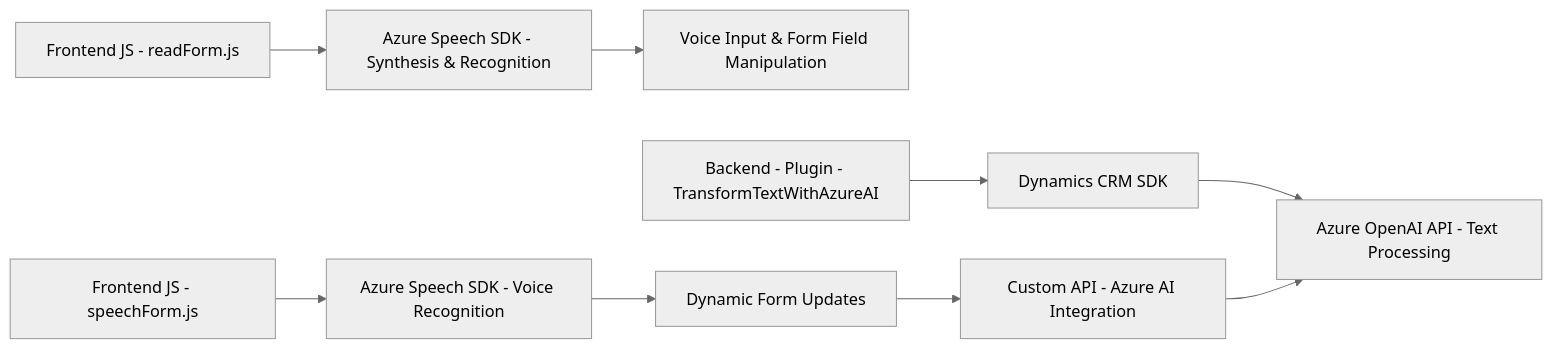
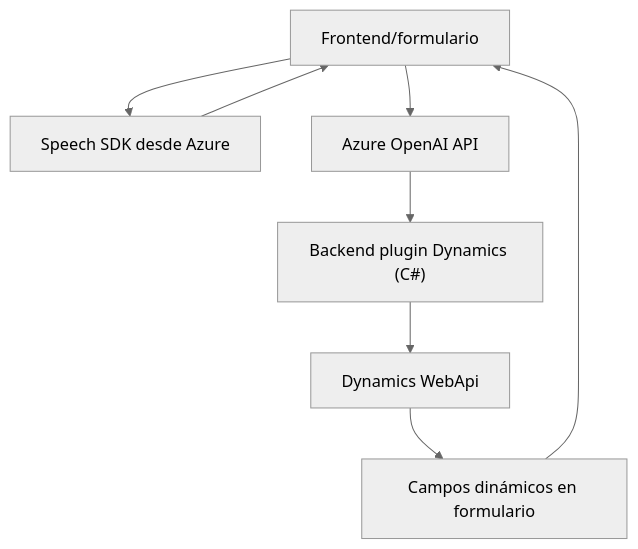
Before and after one commit to blopezdm/NETCORE_BILBAO2025: the diagram in README.md, drawn with Mermaid (neutral theme). The commit also changed other lines of this file, not shown here.

````diff
--- a/README.md
+++ b/README.md
@@ -39,14 +56,17 @@
 ```mermaid
-graph LR
-  A["Frontend JS - readForm.js"] --> B["Azure Speech SDK - Synthesis & Recognition"]
-  B --> C["Voice Input & Form Field Manipulation"]
-
-  D["Frontend JS - speechForm.js"] --> E["Azure Speech SDK - Voice Recognition"]
-  E --> F["Dynamic Form Updates"]
-  F --> G["Custom API - Azure AI Integration"]
-
-  H["Backend - Plugin - TransformTextWithAzureAI"] --> I["Dynamics CRM SDK"]
-  I --> J["Azure OpenAI API - Text Processing"]
-
-  G --> J
+graph TD
+  A["Frontend/formulario"]
+  B["Speech SDK desde Azure"]
+  C["Azure OpenAI API"]
+  D["Backend plugin Dynamics (C#)"]
+  E["Dynamics WebApi"]
+  F["Campos dinámicos en formulario"]
+  
+  A --> B
+  B --> A
+  A --> C
+  C --> D
+  D --> E
+  E --> F
+  F --> A
 ```
````
